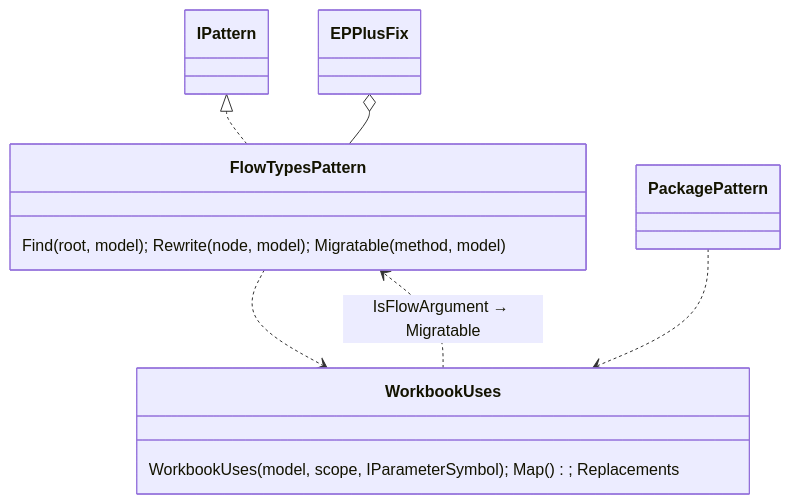
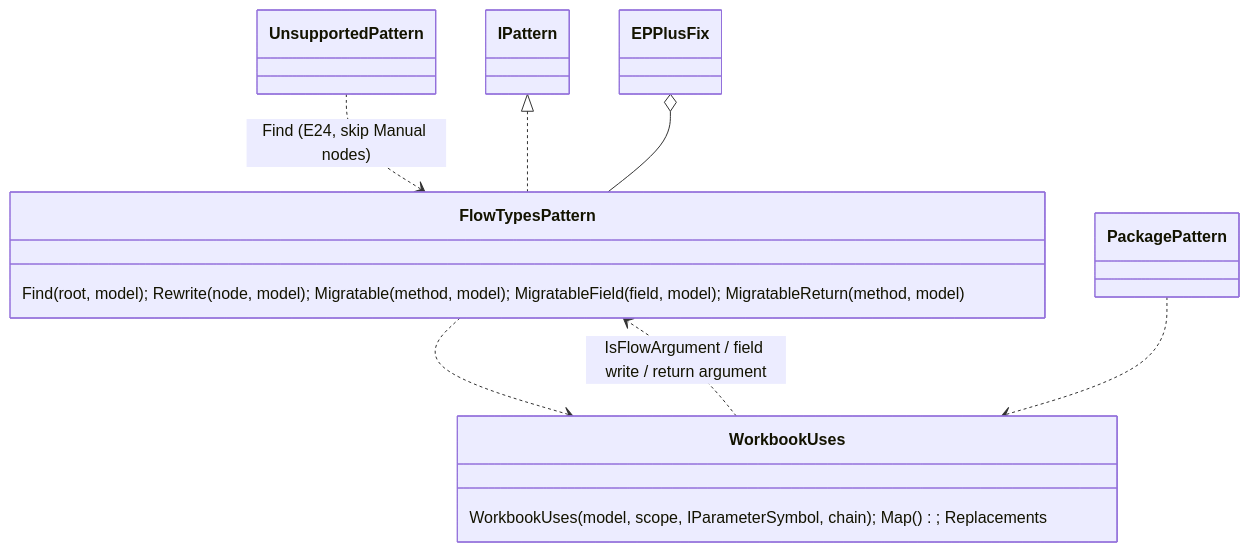
One commit to ATkingma/unshackle changed the first of 3 diagrams in docs/projectinfo/patterns/epplus-flow-types-modellen.md. Above: the diagram before and after it, drawn with Mermaid. The commit also changed other lines of this file and 33 other files, not shown here.

First line of the commit message:
EPPlus flow types: helper chains, first Fixed field and return, one row per node (TAAK-336, council E21-E24)

````diff
--- a/docs/projectinfo/patterns/epplus-flow-types-modellen.md
+++ b/docs/projectinfo/patterns/epplus-flow-types-modellen.md
@@ -7,12 +7,14 @@
 ```mermaid
 classDiagram
     class IPattern
-    class FlowTypesPattern { Find(root, model); Rewrite(node, model); Migratable(method, model) }
-    class WorkbookUses { WorkbookUses(model, scope, IParameterSymbol); Map(); Replacements }
+    class FlowTypesPattern { Find(root, model); Rewrite(node, model); Migratable(method, model); MigratableField(field, model); MigratableReturn(method, model) }
+    class WorkbookUses { WorkbookUses(model, scope, IParameterSymbol, chain); Map(); Replacements }
+    class UnsupportedPattern
+    UnsupportedPattern ..> FlowTypesPattern : Find (E24, skip Manual nodes)
     class PackagePattern
     IPattern <|.. FlowTypesPattern
     FlowTypesPattern ..> WorkbookUses
     PackagePattern ..> WorkbookUses
-    WorkbookUses ..> FlowTypesPattern : IsFlowArgument → Migratable
+    WorkbookUses ..> FlowTypesPattern : IsFlowArgument / field write / return argument
     EPPlusFix o-- FlowTypesPattern
 ```
````
